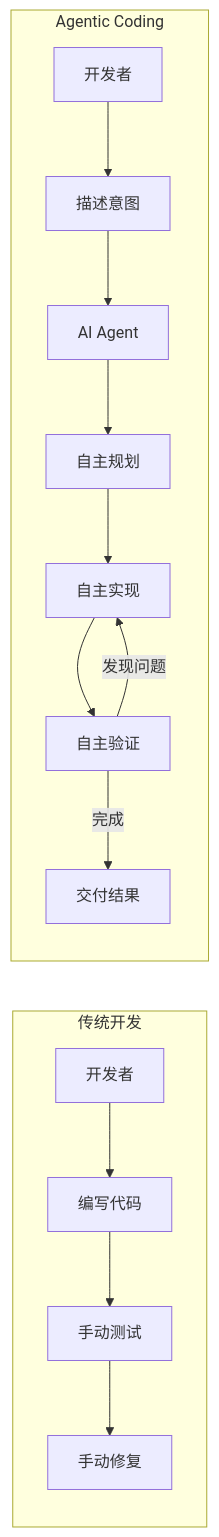
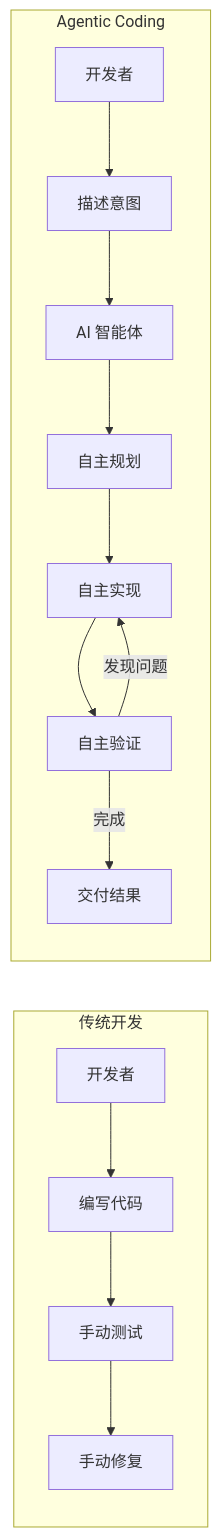
One commit to yeasy/agentic_ai_guide changed the first of 2 diagrams in 11_appendix/11.6_agentic_coding.md. Above: the diagram before and after it, drawn with Mermaid. The commit also changed other lines of this file and 75 other files, not shown here.

````diff
--- a/11_appendix/11.6_agentic_coding.md
+++ b/11_appendix/11.6_agentic_coding.md
@@ -47,18 +47,18 @@
 ```mermaid
 graph LR
     subgraph Traditional["传统开发"]
         Dev["开发者"] --> Code["编写代码"]
         Code --> Test["手动测试"]
         Test --> Fix["手动修复"]
     end
     
     subgraph Agentic["Agentic Coding"]
         User["开发者"] --> Intent["描述意图"]
-        Intent --> Agent["AI Agent"]
+        Intent --> Agent["AI 智能体"]
         Agent --> Plan["自主规划"]
         Plan --> Impl["自主实现"]
         Impl --> Verify["自主验证"]
         Verify --> |"发现问题"| Impl
         Verify --> |"完成"| Result["交付结果"]
     end
 ```
````
